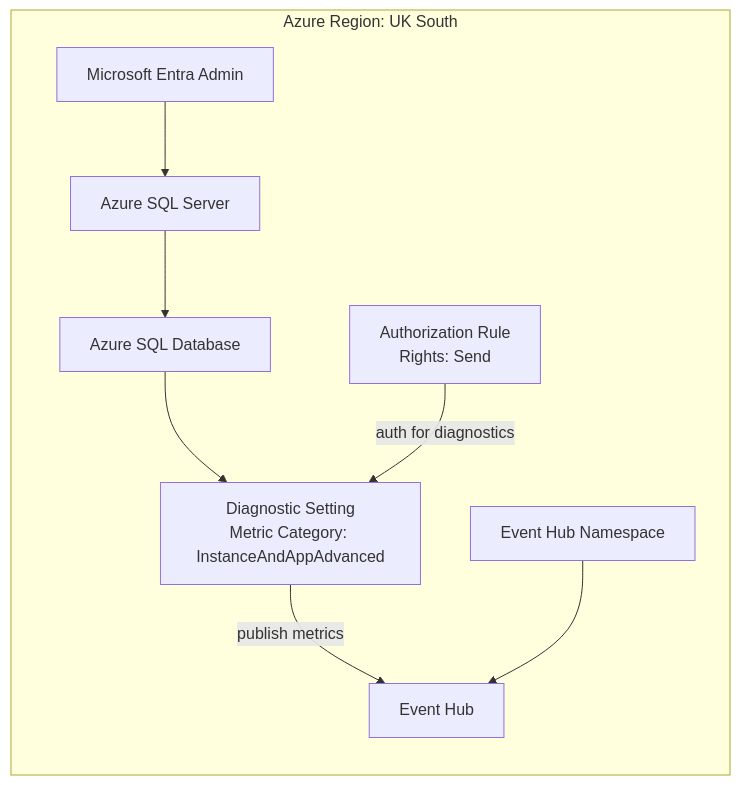
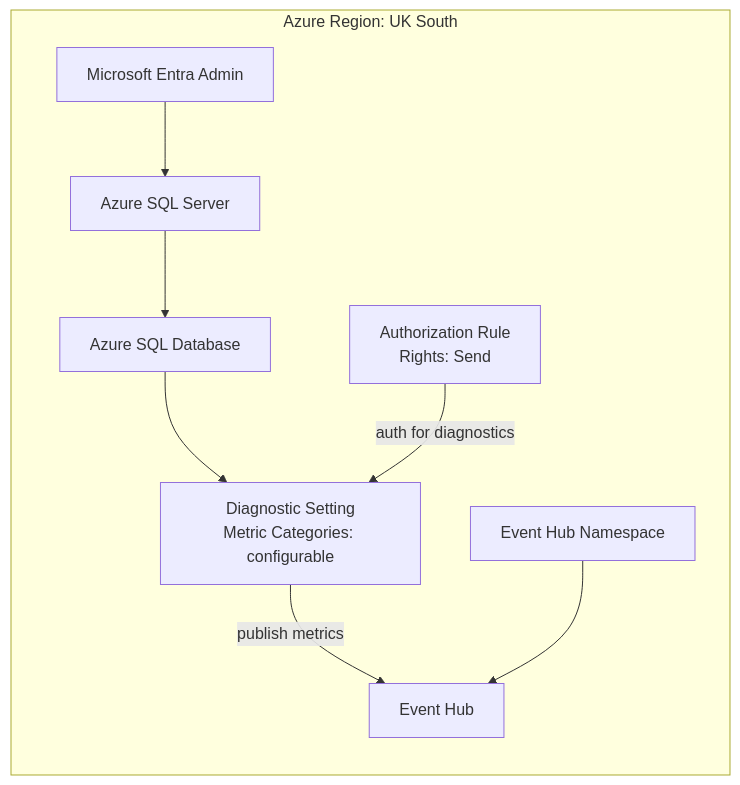
The diagram in README.md (mhaywardhill/sql-database-eventhub-diagnostic-setting), drawn with Mermaid before and after one commit. The commit also changed other lines of this file and 3 other files, not shown here.

First line of the commit message:
Add Event Hub reader, metric formatter, and configurable metric categories

````diff
--- a/README.md
+++ b/README.md
@@ -17,19 +19,19 @@
 ```mermaid
 flowchart LR
     subgraph UKS[Azure Region: UK South]
         A[Azure SQL Server]
         B[Azure SQL Database]
-        C[Diagnostic Setting\nMetric Category: InstanceAndAppAdvanced]
+        C[Diagnostic Setting\nMetric Categories: configurable]
         D[Event Hub Namespace]
         E[Event Hub]
         F[Authorization Rule\nRights: Send]
         G[Microsoft Entra Admin]
     end
 
     G --> A
     A --> B
     B --> C
     C -->|publish metrics| E
     F -->|auth for diagnostics| C
     D --> E
 ```
````
